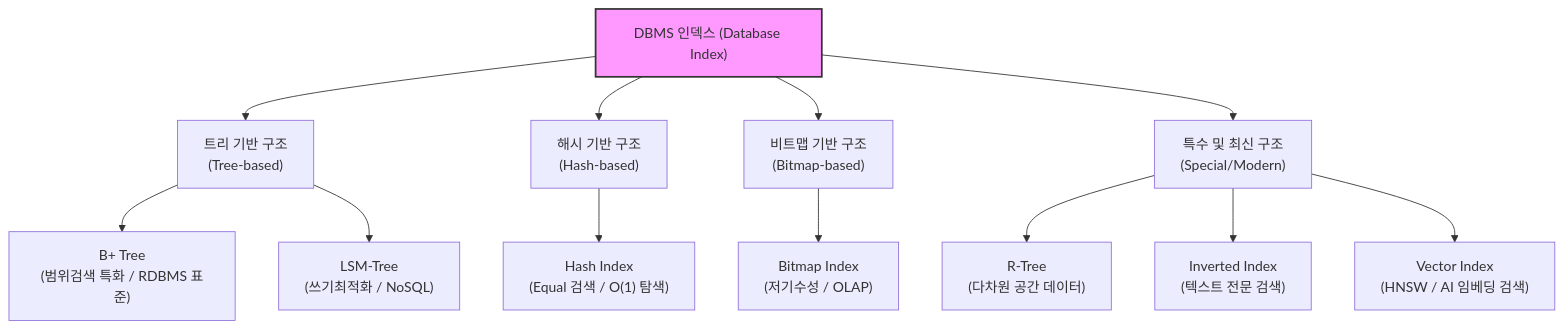
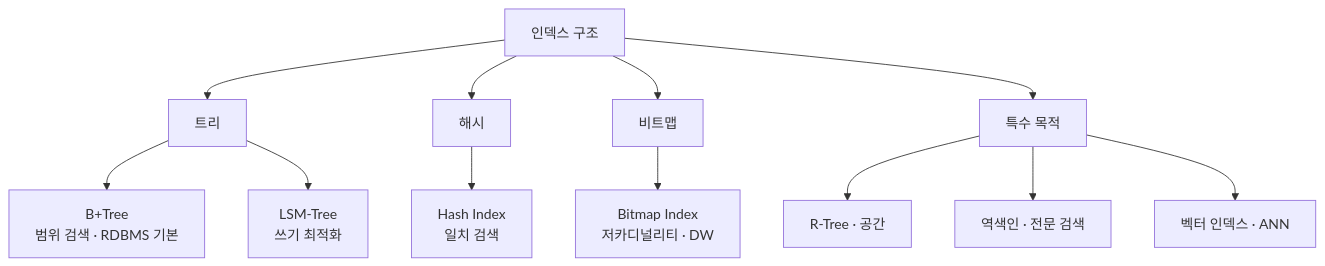
The diagram in content/01_IT Tech/인덱스 구조에 따른 분류.md (supremethumb/supremethumb.github.io), drawn with Mermaid before and after one commit. The commit also changed other lines of this file and 1087 other files, not shown here.

````diff
--- a/content/01_IT Tech/인덱스 구조에 따른 분류.md
+++ b/content/01_IT Tech/인덱스 구조에 따른 분류.md
@@ -27,28 +35,14 @@
 ```mermaid
-flowchart TD
-    Idx["DBMS 인덱스 (Database Index)"]
-
-    Tree["트리 기반 구조<br/>(Tree-based)"]
-    Hash["해시 기반 구조<br/>(Hash-based)"]
-    Bitmap["비트맵 기반 구조<br/>(Bitmap-based)"]
-    Special["특수 및 최신 구조<br/>(Special/Modern)"]
-
-    Idx --> Tree
-    Idx --> Hash
-    Idx --> Bitmap
-    Idx --> Special
-
-    Tree --> BPlus["B+ Tree<br/>(범위검색 특화 / RDBMS 표준)"]
-    Tree --> LSM["LSM-Tree<br/>(쓰기최적화 / NoSQL)"]
-
-    Hash --> HashIdx["Hash Index<br/>(Equal 검색 / O(1) 탐색)"]
-
-    Bitmap --> BitIdx["Bitmap Index<br/>(저기수성 / OLAP)"]
-
-    Special --> RTree["R-Tree<br/>(다차원 공간 데이터)"]
-    Special --> Invert["Inverted Index<br/>(텍스트 전문 검색)"]
-    Special --> Vector["Vector Index<br/>(HNSW / AI 임베딩 검색)"]
-    
-    style Idx fill:#f9f,stroke:#333,stroke-width:2px
-
+flowchart TB
+    I["인덱스 구조"] --> T["트리"]
+    I --> H["해시"]
+    I --> B["비트맵"]
+    I --> S["특수 목적"]
+    T --> T1["B+Tree<br/>범위 검색 · RDBMS 기본"]
+    T --> T2["LSM-Tree<br/>쓰기 최적화"]
+    H --> H1["Hash Index<br/>일치 검색"]
+    B --> B1["Bitmap Index<br/>저카디널리티 · DW"]
+    S --> S1["R-Tree · 공간"]
+    S --> S2["역색인 · 전문 검색"]
+    S --> S3["벡터 인덱스 · ANN"]
 ```
````
